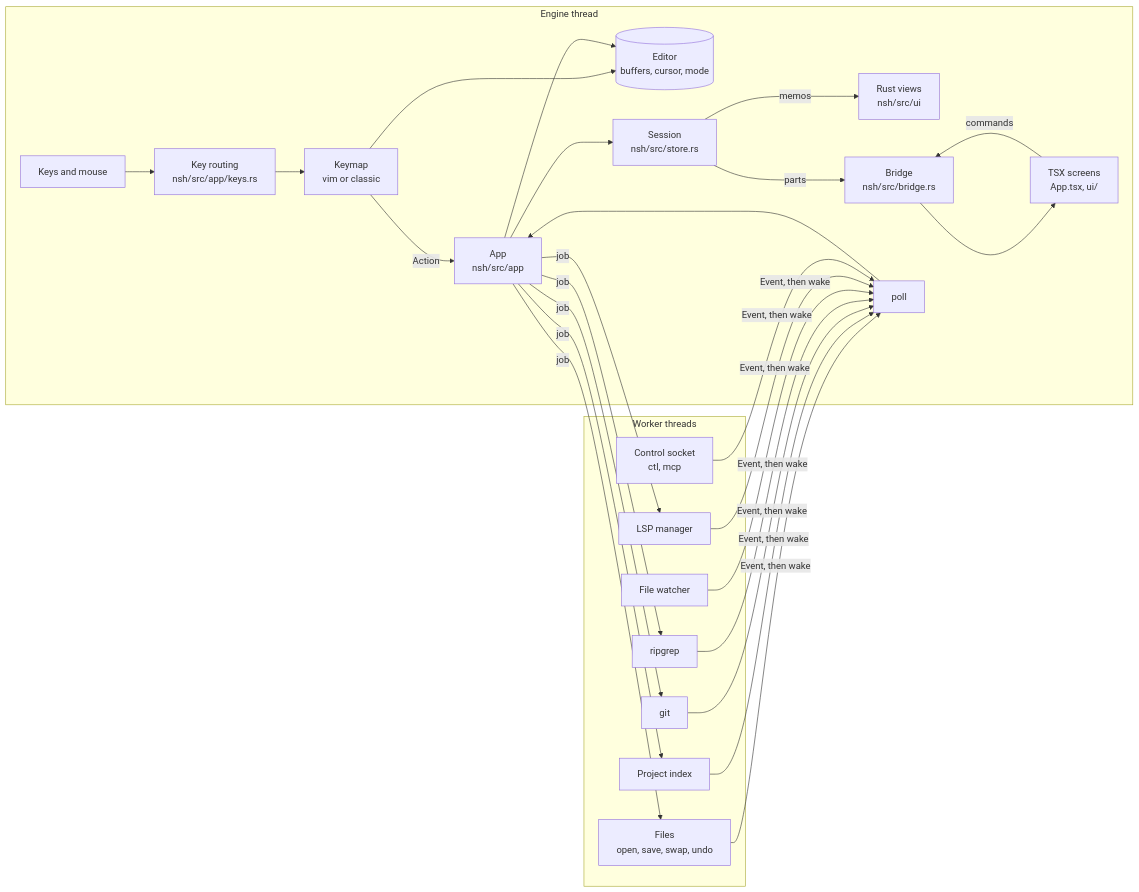
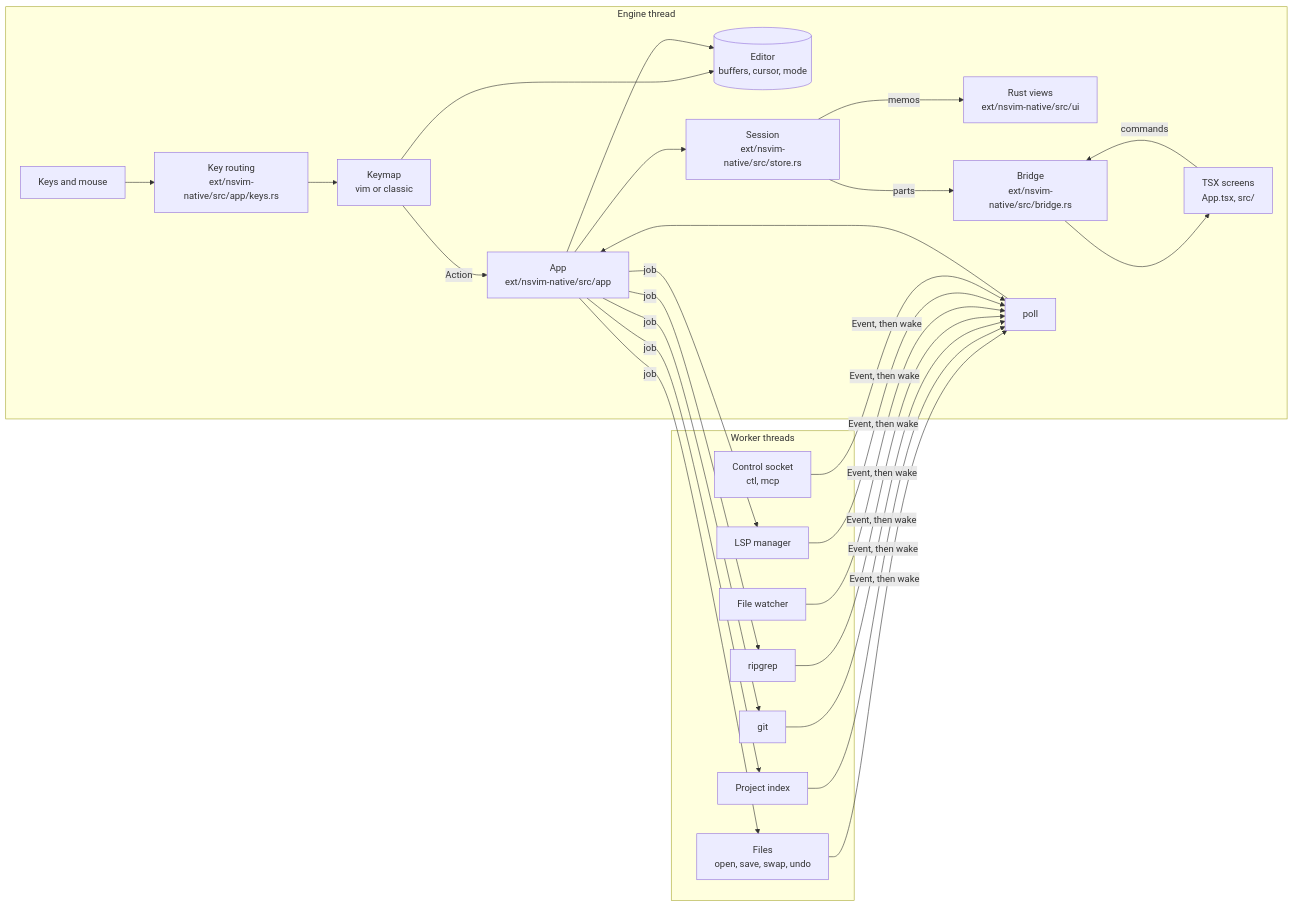
The diagram in docs/architecture.md (huacnlee/nsvim), drawn with Mermaid before and after one commit. The commit also changed other lines of this file and 230 other files, not shown here.

First line of the commit message:
ext: Move the app's Rust to ext/ as the nsvim-native nshm

````diff
--- a/docs/architecture.md
+++ b/docs/architecture.md
@@ -10,27 +10,27 @@
 ```mermaid
 flowchart LR
     subgraph UI["Engine thread"]
-        K[Keys and mouse] --> R[Key routing<br/>nsh/src/app/keys.rs]
+        K[Keys and mouse] --> R[Key routing<br/>ext/nsvim-native/src/app/keys.rs]
         R --> KM[Keymap<br/>vim or classic]
         KM --> E[(Editor<br/>buffers, cursor, mode)]
-        KM -->|Action| A[App<br/>nsh/src/app]
+        KM -->|Action| A[App<br/>ext/nsvim-native/src/app]
         A --> E
-        A --> S[Session<br/>nsh/src/store.rs]
-        S -->|memos| V[Rust views<br/>nsh/src/ui]
-        S -->|parts| B[Bridge<br/>nsh/src/bridge.rs]
-        B --> T[TSX screens<br/>App.tsx, ui/]
+        A --> S[Session<br/>ext/nsvim-native/src/store.rs]
+        S -->|memos| V[Rust views<br/>ext/nsvim-native/src/ui]
+        S -->|parts| B[Bridge<br/>ext/nsvim-native/src/bridge.rs]
+        B --> T[TSX screens<br/>App.tsx, src/]
         T -->|commands| B
         P[poll] --> A
     end
     subgraph W["Worker threads"]
         IO[Files<br/>open, save, swap, undo]
         IX[Project index]
         G[git]
         RG[ripgrep]
         FW[File watcher]
         L[LSP manager]
         C[Control socket<br/>ctl, mcp]
     end
     A -->|job| IO & IX & G & RG & L
     IO & IX & G & RG & FW & L & C -->|Event, then wake| P
 ```
````
